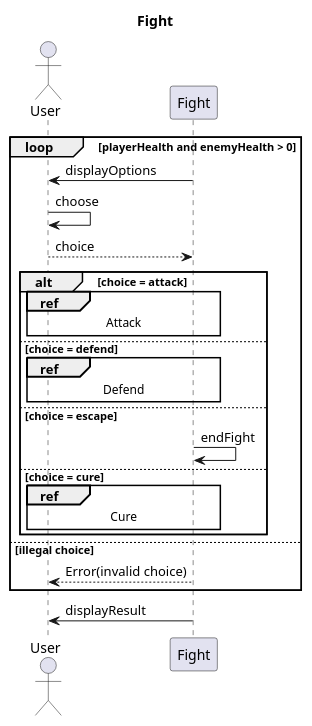
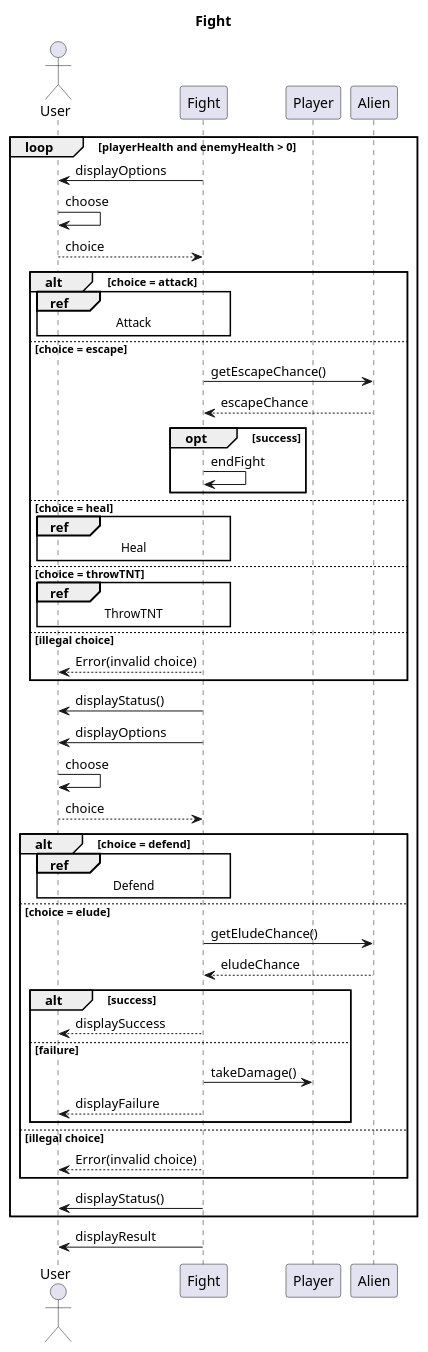
One commit to EDIDS/EDIDS_Proj changed the diagram in src/main/java/com/extraction/uml/uml diagrams/Internal Sequence Diagrams/Fight.puml. Above: the diagram before and after it, drawn with PlantUML. The commit also changed 5 other files, not shown here.

Commit message:
Updated internal sequence diagrams.

```diff
--- a/src/main/java/com/extraction/uml/uml diagrams/Internal Sequence Diagrams/Fight.puml
+++ b/src/main/java/com/extraction/uml/uml diagrams/Internal Sequence Diagrams/Fight.puml
@@ -1,26 +1,51 @@
 @startuml
 
 title Fight
 
 actor User
 participant Fight
+participant Player
+participant Alien
 
 loop playerHealth and enemyHealth > 0
-  Fight -> User : displayOptions
-  User -> User : choose
-  User --> Fight : choice
-  alt choice = attack  
-    ref over User, Fight : Attack
-  else choice = defend
-    ref over User, Fight : Defend
-  else choice = escape
-    Fight -> Fight : endFight
-  else choice = cure
-    ref over User, Fight : Cure
-  end
-  else illegal choice
-    Fight --> User : Error(invalid choice)
+    Fight -> User : displayOptions
+    User -> User : choose
+    User --> Fight : choice
+    alt choice = attack
+        ref over User, Fight : Attack
+    else choice = escape
+        Fight -> Alien : getEscapeChance()
+        return escapeChance
+        opt success
+            Fight -> Fight : endFight
+        end
+    else choice = heal
+        ref over User, Fight : Heal
+    else choice = throwTNT
+        ref over User, Fight : ThrowTNT
+    else illegal choice
+        Fight --> User : Error(invalid choice)
+    end
+    Fight -> User : displayStatus()
+    Fight -> User : displayOptions
+        User -> User : choose
+        User --> Fight : choice
+        alt choice = defend
+            ref over User, Fight : Defend
+        else choice = elude
+            Fight -> Alien : getEludeChance()
+            return eludeChance
+            alt success
+                Fight --> User : displaySuccess
+            else failure
+                Fight -> Player : takeDamage()
+                Fight --> User : displayFailure
+            end
+        else illegal choice
+            Fight --> User : Error(invalid choice)
+        end
+    Fight -> User : displayStatus()
 end
 Fight -> User : displayResult
 
 @enduml
```
